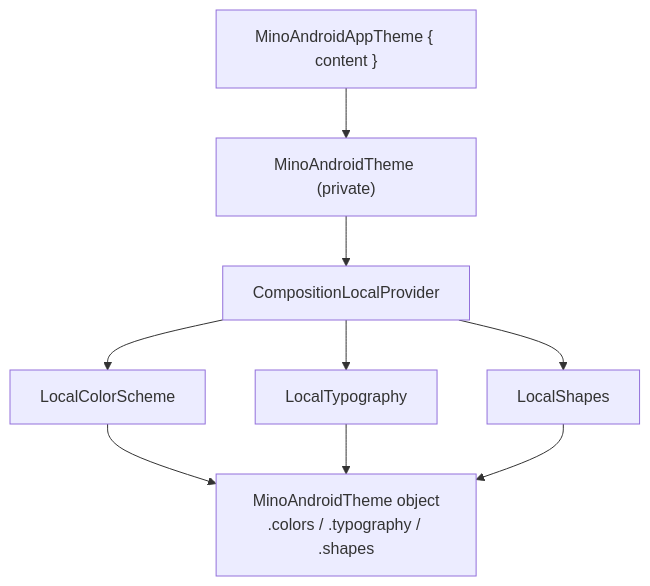
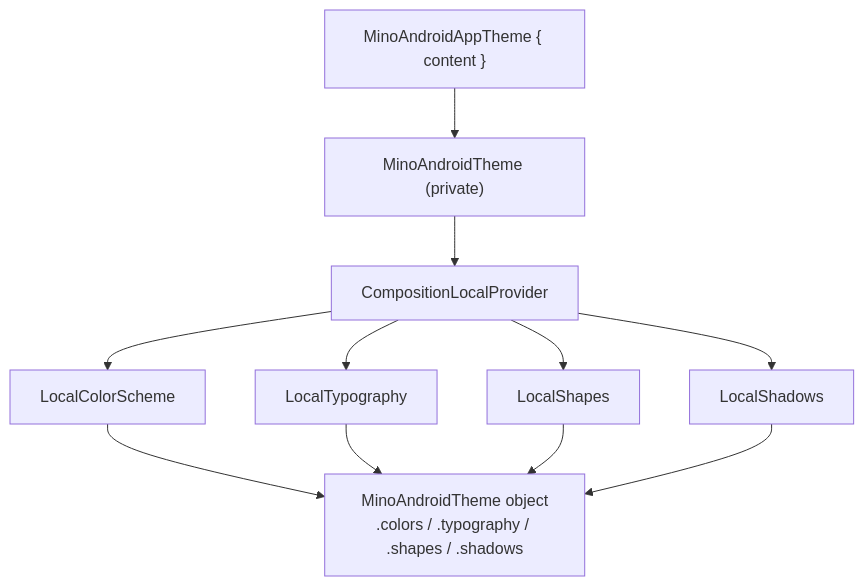
The second of 2 diagrams in core/design-system/README.md (mash-up-kr/Team-MINO-Android), drawn with Mermaid before and after one commit. The commit also changed other lines of this file, not shown here.

````diff
--- a/core/design-system/README.md
+++ b/core/design-system/README.md
@@ -146,9 +152,10 @@
 ```mermaid
 flowchart TD
     App["MinoAndroidAppTheme { content }"] --> Priv["MinoAndroidTheme (private)"]
     Priv --> P["CompositionLocalProvider"]
     P --> LC["LocalColorScheme"]
     P --> LT["LocalTypography"]
     P --> LS["LocalShapes"]
-    LC & LT & LS --> Obj["MinoAndroidTheme object<br/>.colors / .typography / .shapes"]
+    P --> LSh["LocalShadows"]
+    LC & LT & LS & LSh --> Obj["MinoAndroidTheme object<br/>.colors / .typography / .shapes / .shadows"]
 ```
````
